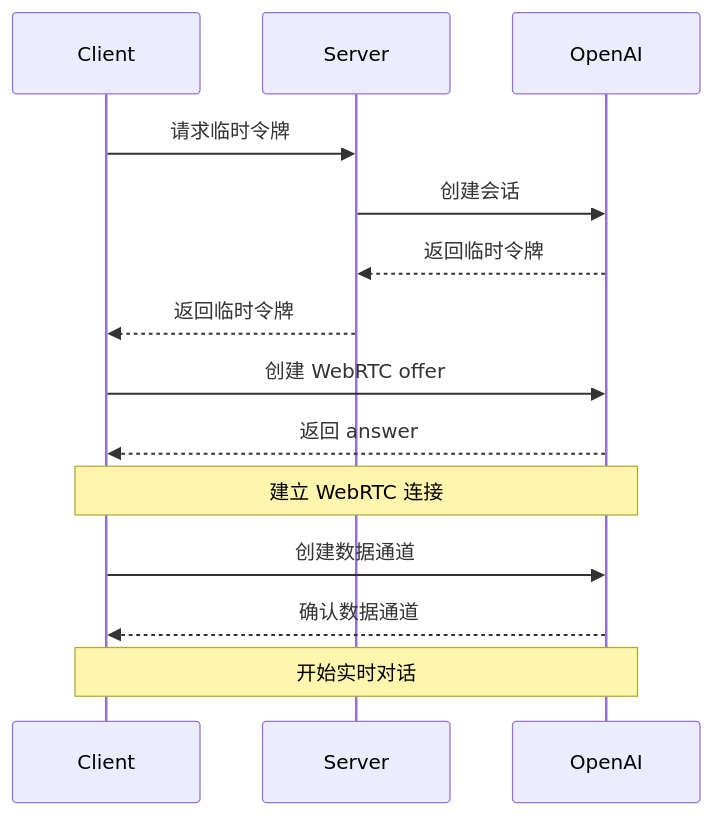
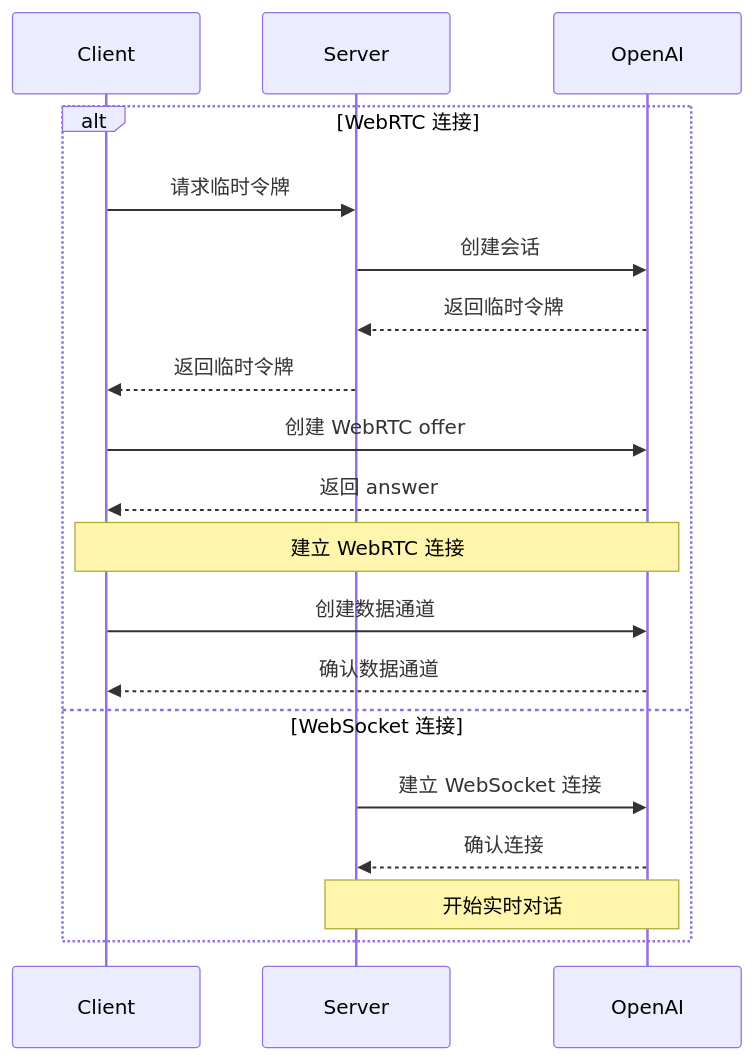
Before and after one commit to zeta-techs/new-api-docs: the diagram in docs/openai-realtime.md, drawn with Mermaid. The commit also changed other lines of this file, not shown here.

Commit message:
feat: WebSocket in openai-realtime.md

````diff
--- a/docs/openai-realtime.md
+++ b/docs/openai-realtime.md
@@ -61,21 +80,26 @@
 ```mermaid
 sequenceDiagram
     participant Client
     participant Server
     participant OpenAI
     
-    Client->>Server: 请求临时令牌
-    Server->>OpenAI: 创建会话
-    OpenAI-->>Server: 返回临时令牌
-    Server-->>Client: 返回临时令牌
-    
-    Client->>OpenAI: 创建 WebRTC offer
-    OpenAI-->>Client: 返回 answer
-    
-    Note over Client,OpenAI: 建立 WebRTC 连接
-    
-    Client->>OpenAI: 创建数据通道
-    OpenAI-->>Client: 确认数据通道
-    
-    Note over Client,OpenAI: 开始实时对话
+    alt WebRTC 连接
+        Client->>Server: 请求临时令牌
+        Server->>OpenAI: 创建会话
+        OpenAI-->>Server: 返回临时令牌
+        Server-->>Client: 返回临时令牌
+        
+        Client->>OpenAI: 创建 WebRTC offer
+        OpenAI-->>Client: 返回 answer
+        
+        Note over Client,OpenAI: 建立 WebRTC 连接
+        
+        Client->>OpenAI: 创建数据通道
+        OpenAI-->>Client: 确认数据通道
+    else WebSocket 连接
+        Server->>OpenAI: 建立 WebSocket 连接
+        OpenAI-->>Server: 确认连接
+        
+        Note over Server,OpenAI: 开始实时对话
+    end
 ```
````
